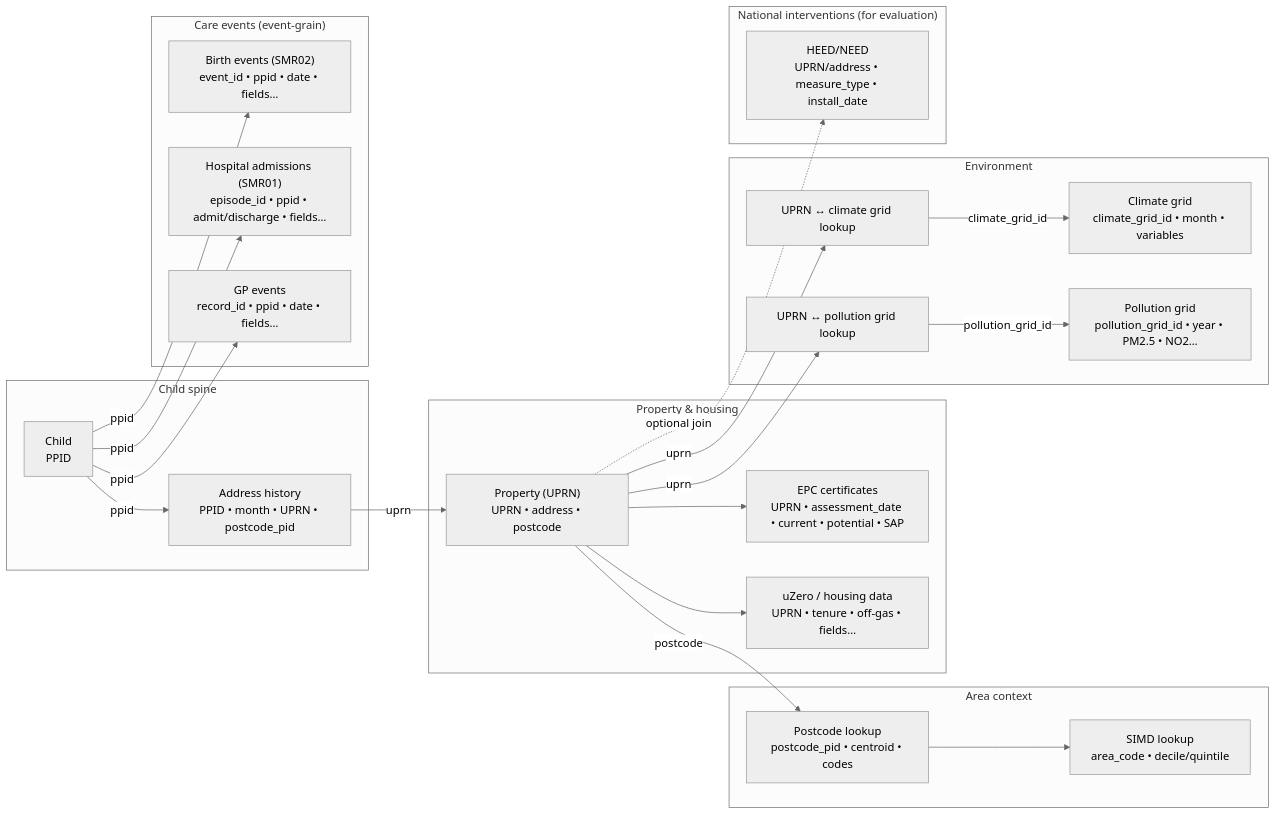
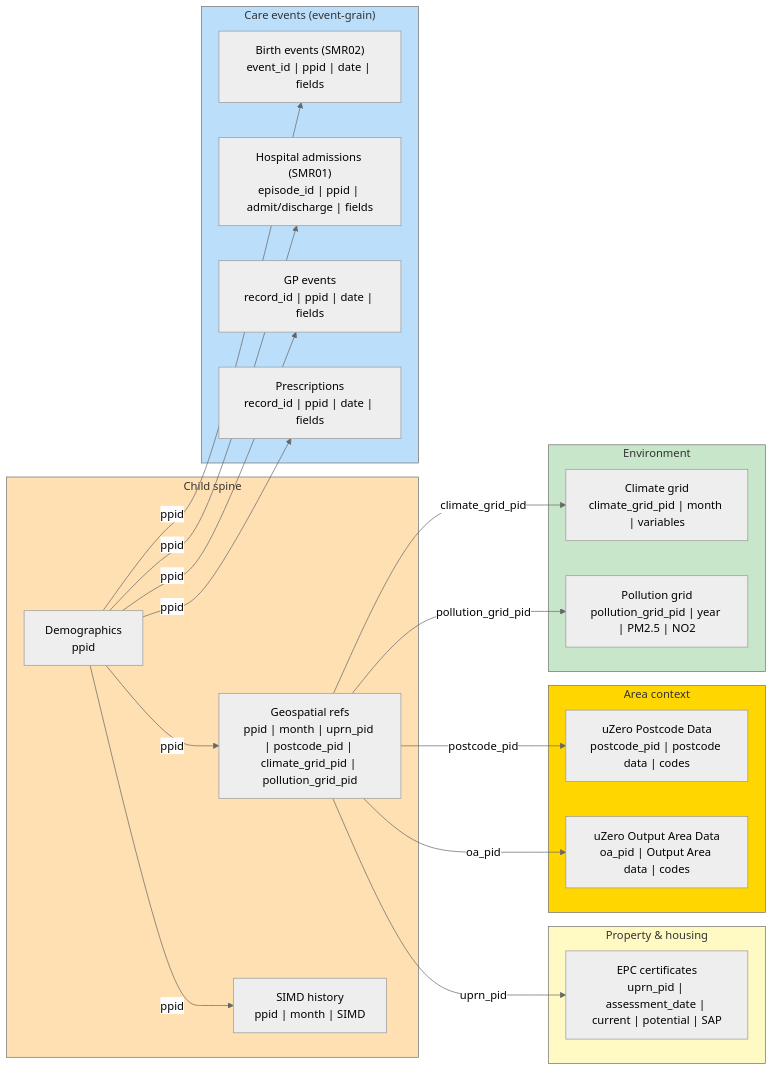
One commit to HomesHeatAndHealthyKids/DataLochAnalysis changed the diagram in linkage_plan.md. Above: the diagram before and after it, drawn with Mermaid (neutral theme). The commit also changed other lines of this file and 2 other files, not shown here.

Commit message:
Added Causal DAG to repo, updated linkage plan to correct version

````diff
--- a/linkage_plan.md
+++ b/linkage_plan.md
@@ -4,57 +4,37 @@
 ```mermaid
 flowchart LR
-  %% Roles/areas
-  subgraph CHILD["Child spine"]
-    C["Child<br/>PPID"]
-    AH["Address history<br/>PPID • month • UPRN • postcode_pid"]
+ subgraph CHILD["Child spine"]
+        C["Demographics<br>ppid"]
+        AH["Geospatial refs<br>ppid | month | uprn_pid | postcode_pid | climate_grid_pid | pollution_grid_pid"]
+        SH["SIMD history<br>ppid | month | SIMD"]
   end
-
-  subgraph EVENTS["Care events (event-grain)"]
-    B["Birth events (SMR02)<br/>event_id • ppid • date • fields…"]
-    H["Hospital admissions (SMR01)<br/>episode_id • ppid • admit/discharge • fields…"]
-    G["GP events<br/>record_id • ppid • date • fields…"]
+ subgraph EVENTS["Care events (event-grain)"]
+        B["Birth events (SMR02)<br>event_id | ppid | date | fields"]
+        H["Hospital admissions (SMR01)<br>episode_id | ppid | admit/discharge | fields"]
+        G["GP events<br>record_id | ppid | date | fields"]
+        P["Prescriptions<br>record_id | ppid | date | fields"]
   end
-
-  subgraph PROPERTY["Property & housing"]
-    U["Property (UPRN)<br/>UPRN • address • postcode"]
-    EPC["EPC certificates<br/>UPRN • assessment_date • current • potential • SAP"]
-    UZ["uZero / housing data<br/>UPRN • tenure • off-gas • fields…"]
+ subgraph PROPERTY["Property & housing"]
+        EPC["EPC certificates<br>uprn_pid | assessment_date | current | potential | SAP"]
   end
-
-  subgraph AREA["Area context"]
-    PC["Postcode lookup<br/>postcode_pid • centroid • codes"]
-    SIMD["SIMD lookup<br/>area_code • decile/quintile"]
+ subgraph AREA["Area context"]
+        PC["uZero Postcode Data<br>postcode_pid | postcode data | codes"]
+        OAC["uZero Output Area Data<br>oa_pid | Output Area data | codes"]
   end
-
-  subgraph ENV["Environment"]
-    CGRID["Climate grid<br/>climate_grid_id • month • variables"]
-    PGRID["Pollution grid<br/>pollution_grid_id • year • PM2.5 • NO2…"]
-    CLU["UPRN ↔ climate grid lookup"]
-    PLU["UPRN ↔ pollution grid lookup"]
+ subgraph ENV["Environment"]
+        CGRID["Climate grid<br>climate_grid_pid | month | variables"]
+        PGRID["Pollution grid<br>pollution_grid_pid | year | PM2.5 | NO2"]
   end
-
-  subgraph NATIONAL["National interventions (for evaluation)"]
-    HEED["HEED/NEED<br/>UPRN/address • measure_type • install_date"]
-  end
-
-  %% Linkage edges
-  C -->|ppid| B
-  C -->|ppid| H
-  C -->|ppid| G
-  C -->|ppid| AH
-
-  AH -->|uprn| U
-  U --> EPC
-  U --> UZ
-  U -->|postcode| PC
-  PC --> SIMD
-
-  U -->|uprn| CLU -->|climate_grid_id| CGRID
-  U -->|uprn| PLU -->|pollution_grid_id| PGRID
-
-  U -. optional join .-> HEED
-
-  %% Notes
-  classDef note fill:#fff6,stroke:#bbb,color:#333,stroke-dasharray:3 3;
-
+    C -- ppid --> B & H & G & P & AH & SH
+    AH -- oa_pid --> OAC
+    AH -- uprn_pid --> EPC
+    AH -- postcode_pid --> PC
+    AH -- climate_grid_pid --> CGRID
+    AH -- pollution_grid_pid --> PGRID
+   
+    style ENV fill:#C8E6C9
+    style EVENTS fill:#BBDEFB
+    style PROPERTY fill:#FFF9C4
+    style AREA fill:#FFD600
+    style CHILD fill:#FFE0B2
 ```
````
